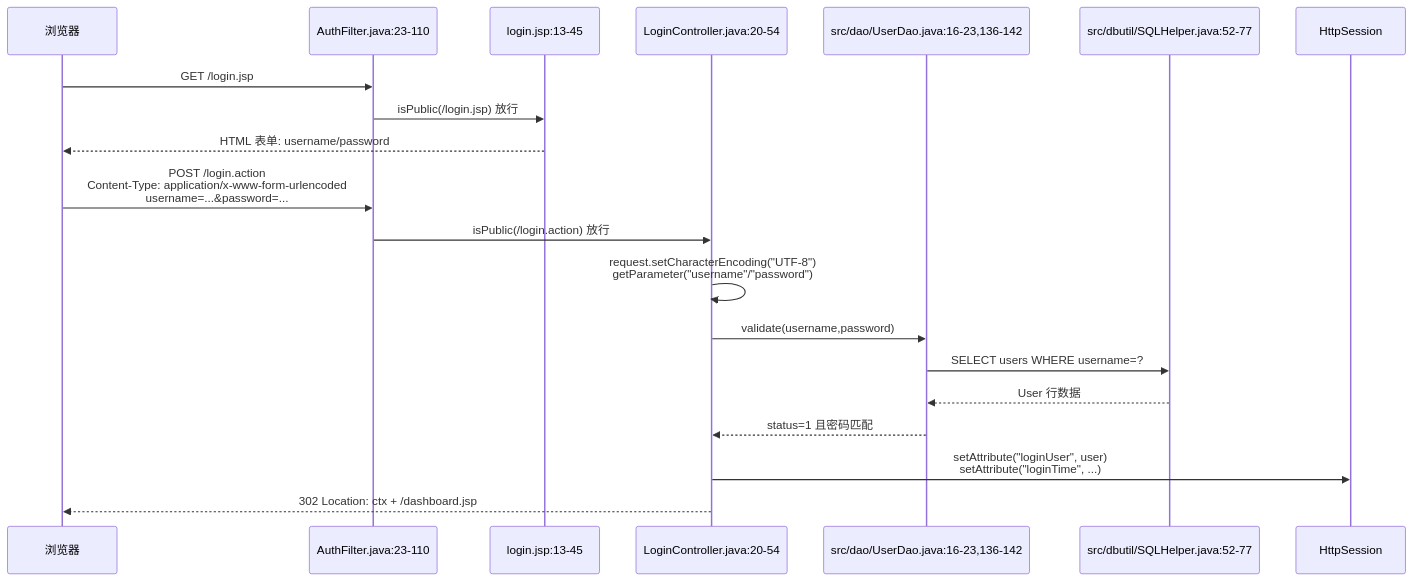
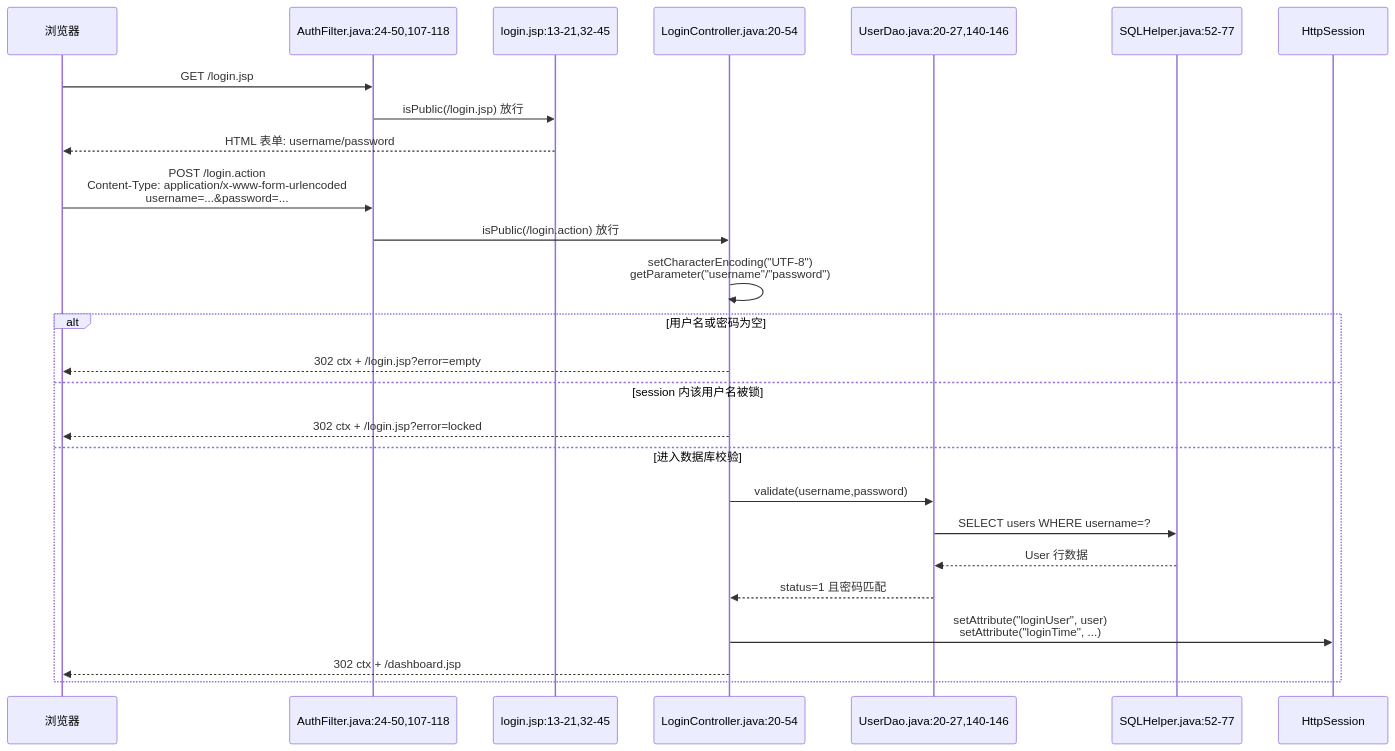
One commit to guangxiangdebizi/graduation-design-management-system changed the second of 5 diagrams in docs/网络数据流详解/parts/01-auth-csrf.md. Above: the diagram before and after it, drawn with Mermaid. The commit also changed other lines of this file and 8 other files, not shown here.

First line of the commit message:
refactor project documentation and enhance network data flow details

````diff
--- a/docs/网络数据流详解/parts/01-auth-csrf.md
+++ b/docs/网络数据流详解/parts/01-auth-csrf.md
@@ -78,23 +97,29 @@
 ```mermaid
 sequenceDiagram
   participant Browser as 浏览器
-  participant Filter as AuthFilter.java:23-110
-  participant LoginJsp as login.jsp:13-45
+  participant Filter as AuthFilter.java:24-50,107-118
+  participant LoginJsp as login.jsp:13-21,32-45
   participant LoginCtl as LoginController.java:20-54
-  participant UserDao as src/dao/UserDao.java:16-23,136-142
-  participant SQL as src/dbutil/SQLHelper.java:52-77
+  participant UserDao as UserDao.java:20-27,140-146
+  participant SQL as SQLHelper.java:52-77
   participant Session as HttpSession
 
   Browser->>Filter: GET /login.jsp
   Filter->>LoginJsp: isPublic(/login.jsp) 放行
   LoginJsp-->>Browser: HTML 表单: username/password
   Browser->>Filter: POST /login.action<br/>Content-Type: application/x-www-form-urlencoded<br/>username=...&password=...
   Filter->>LoginCtl: isPublic(/login.action) 放行
-  LoginCtl->>LoginCtl: request.setCharacterEncoding("UTF-8")<br/>getParameter("username"/"password")
-  LoginCtl->>UserDao: validate(username,password)
-  UserDao->>SQL: SELECT users WHERE username=?
-  SQL-->>UserDao: User 行数据
-  UserDao-->>LoginCtl: status=1 且密码匹配
-  LoginCtl->>Session: setAttribute("loginUser", user)<br/>setAttribute("loginTime", ...)
-  LoginCtl-->>Browser: 302 Location: ctx + /dashboard.jsp
+  LoginCtl->>LoginCtl: setCharacterEncoding("UTF-8")<br/>getParameter("username"/"password")
+  alt 用户名或密码为空
+    LoginCtl-->>Browser: 302 ctx + /login.jsp?error=empty
+  else session 内该用户名被锁
+    LoginCtl-->>Browser: 302 ctx + /login.jsp?error=locked
+  else 进入数据库校验
+    LoginCtl->>UserDao: validate(username,password)
+    UserDao->>SQL: SELECT users WHERE username=?
+    SQL-->>UserDao: User 行数据
+    UserDao-->>LoginCtl: status=1 且密码匹配
+    LoginCtl->>Session: setAttribute("loginUser", user)<br/>setAttribute("loginTime", ...)
+    LoginCtl-->>Browser: 302 ctx + /dashboard.jsp
+  end
 ```
````
